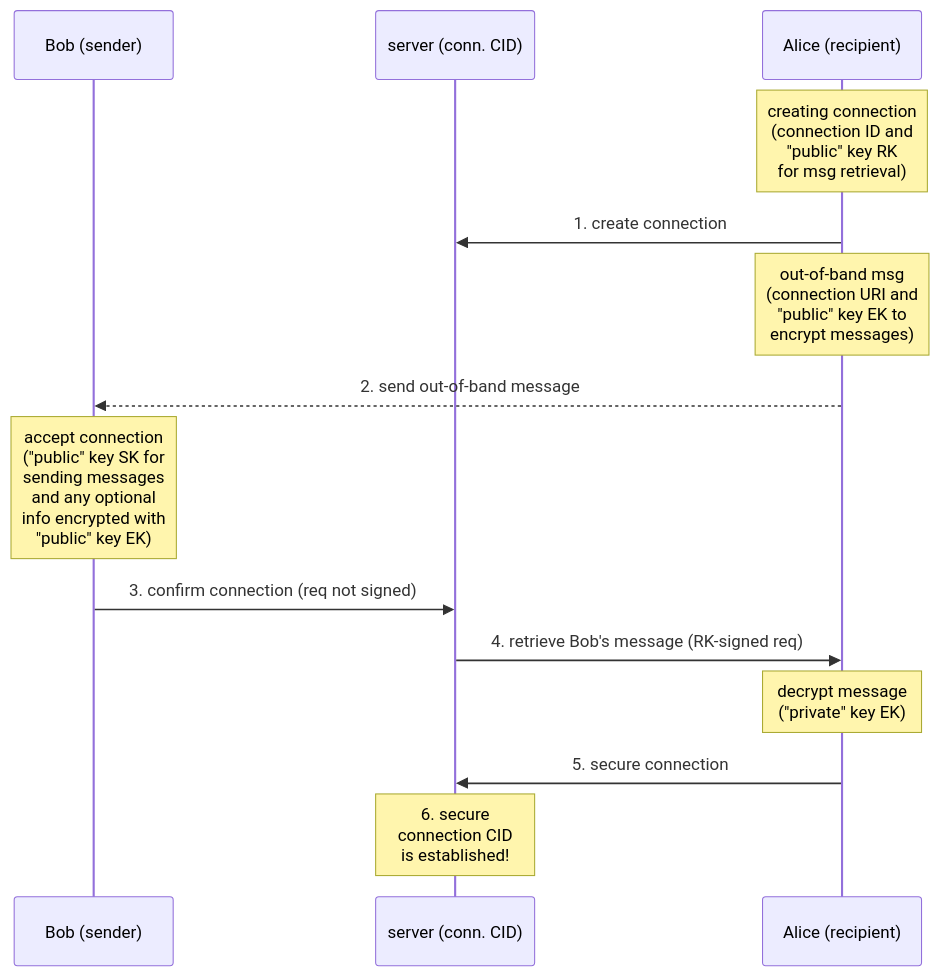
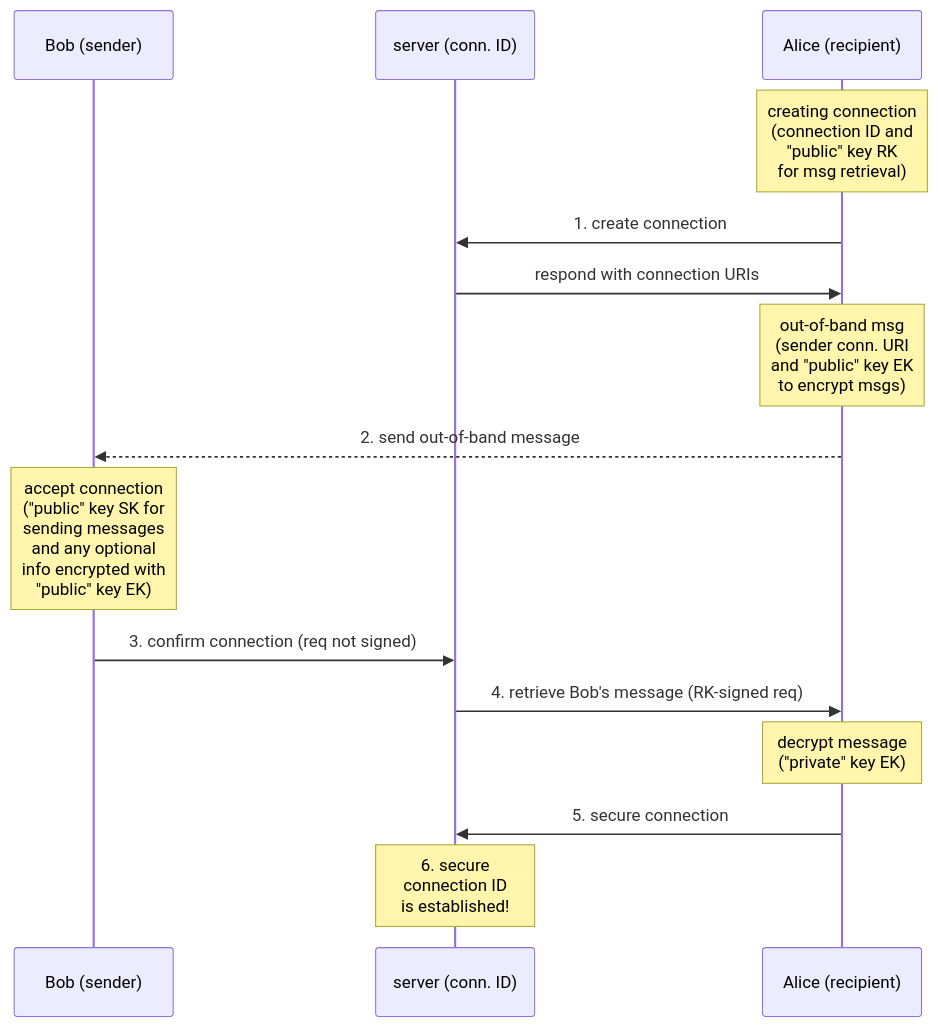
Before and after one commit to simplex-chat/simplex-chat: the diagram in diagrams/edge-messaging/edge-creating.mmd, drawn with Mermaid. The commit also changed 6 other files, not shown here.

Commit message:
update edge-messaging to match graph-chat

```diff
--- a/diagrams/edge-messaging/edge-creating.mmd
+++ b/diagrams/edge-messaging/edge-creating.mmd
@@ -1,19 +1,20 @@
 sequenceDiagram
   participant B as Bob (sender)
-  participant S as server (conn. CID)
+  participant S as server (conn. ID)
   participant A as Alice (recipient)
 
   note over A: creating connection <br> (connection ID and <br> "public" key RK <br> for msg retrieval)
   A ->> S: 1. create connection
+  S ->> A: respond with connection URIs
 
-  note over A: out-of-band msg <br> (connection URI and <br> "public" key EK to <br> encrypt messages)
+  note over A: out-of-band msg <br> (sender conn. URI <br> and "public" key EK <br> to encrypt msgs)
   A -->> B: 2. send out-of-band message
 
   note over B: accept connection <br> ("public" key SK for <br>  sending messages <br> and any optional <br> info encrypted with <br> "public" key EK)
   B ->> S: 3. confirm connection (req not signed)
 
   S ->> A: 4. retrieve Bob's message (RK-signed req)
   note over A: decrypt message <br> ("private" key EK)
   A ->> S: 5. secure connection
 
-  note over S: 6. secure <br> connection CID <br> is established!
+  note over S: 6. secure <br> connection ID <br> is established!
```
